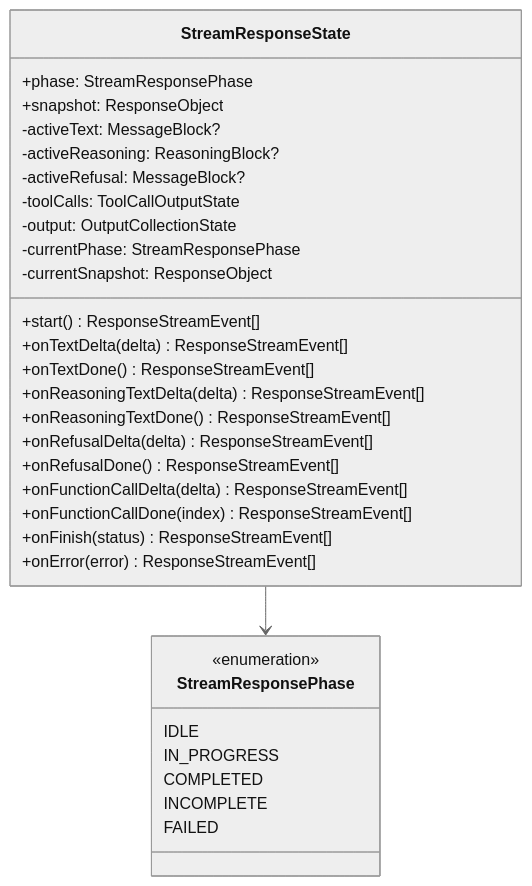
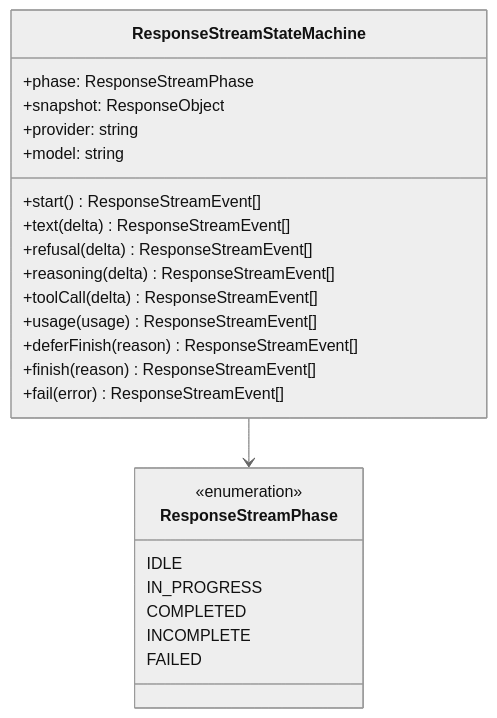
The diagram in wiki/zh/05-streaming-pipeline/stream-state.md (zamelee/GodeX), drawn with Mermaid (neutral theme) before and after one commit. The commit also changed other lines of this file and 46 other files, not shown here.

````diff
--- a/wiki/zh/05-streaming-pipeline/stream-state.md
+++ b/wiki/zh/05-streaming-pipeline/stream-state.md
@@ -13,38 +13,31 @@
 ```mermaid
 classDiagram
   direction TB
 
-  class StreamResponseState {
-    +phase: StreamResponsePhase
+  class ResponseStreamStateMachine {
+    +phase: ResponseStreamPhase
     +snapshot: ResponseObject
+    +provider: string
+    +model: string
     +start() ResponseStreamEvent[]
-    +onTextDelta(delta) ResponseStreamEvent[]
-    +onTextDone() ResponseStreamEvent[]
-    +onReasoningTextDelta(delta) ResponseStreamEvent[]
-    +onReasoningTextDone() ResponseStreamEvent[]
-    +onRefusalDelta(delta) ResponseStreamEvent[]
-    +onRefusalDone() ResponseStreamEvent[]
-    +onFunctionCallDelta(delta) ResponseStreamEvent[]
-    +onFunctionCallDone(index) ResponseStreamEvent[]
-    +onFinish(status) ResponseStreamEvent[]
-    +onError(error) ResponseStreamEvent[]
-    -activeText: MessageBlock?
-    -activeReasoning: ReasoningBlock?
-    -activeRefusal: MessageBlock?
-    -toolCalls: ToolCallOutputState
-    -output: OutputCollectionState
-    -currentPhase: StreamResponsePhase
-    -currentSnapshot: ResponseObject
+    +text(delta) ResponseStreamEvent[]
+    +refusal(delta) ResponseStreamEvent[]
+    +reasoning(delta) ResponseStreamEvent[]
+    +toolCall(delta) ResponseStreamEvent[]
+    +usage(usage) ResponseStreamEvent[]
+    +deferFinish(reason) ResponseStreamEvent[]
+    +finish(reason) ResponseStreamEvent[]
+    +fail(error) ResponseStreamEvent[]
   }
 
-  class StreamResponsePhase {
+  class ResponseStreamPhase {
     <<enumeration>>
     IDLE
     IN_PROGRESS
     COMPLETED
     INCOMPLETE
     FAILED
   }
 
-  StreamResponseState --> StreamResponsePhase
+  ResponseStreamStateMachine --> ResponseStreamPhase
 ```
````
